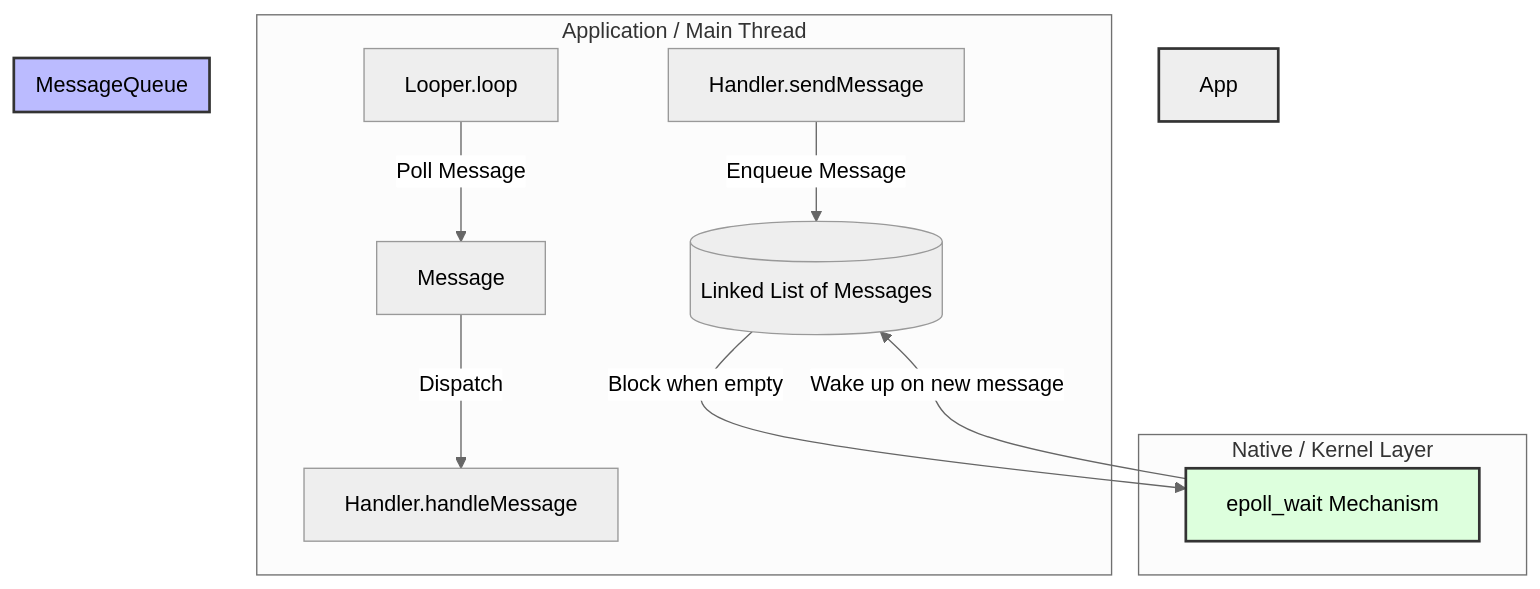
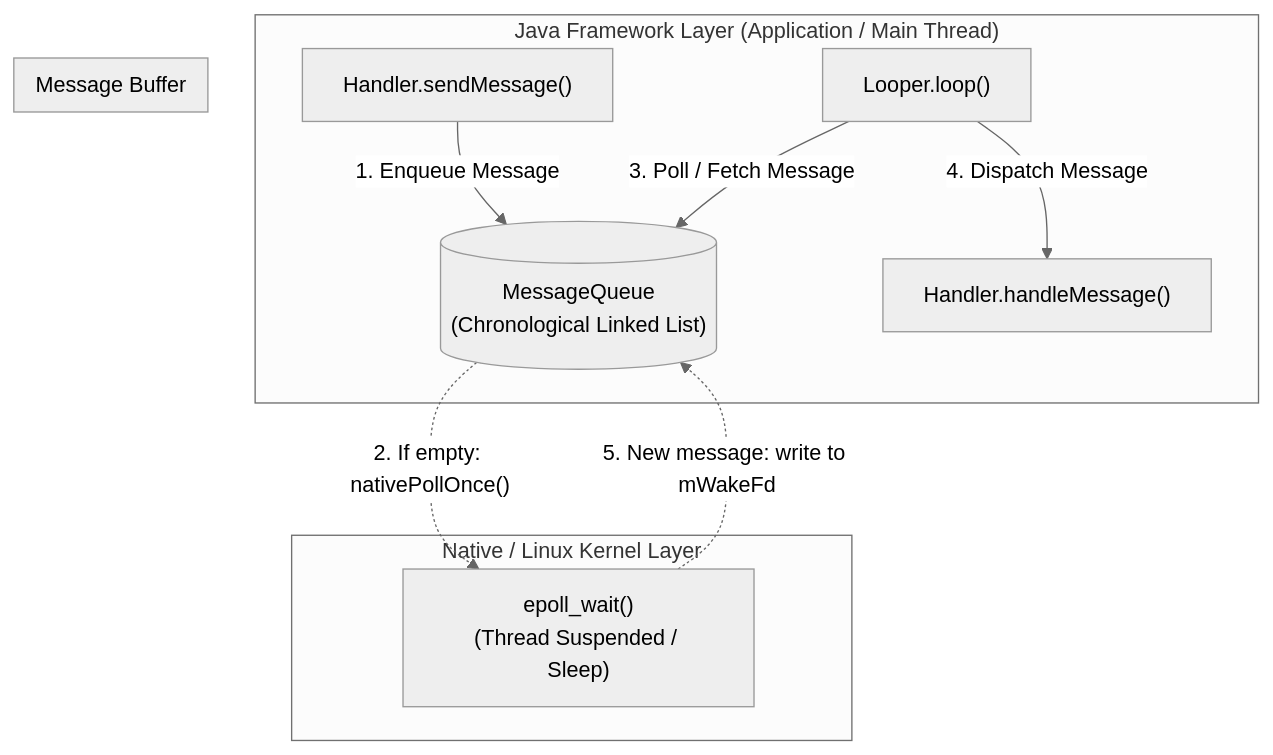
The second of 2 diagrams in Handler Mechanism.md (ridzhang/AOSP-Framework-Deep-Dive), drawn with Mermaid (neutral theme) before and after one commit.

Commit message:
Update Handler Mechanism.md

````diff
--- a/Handler Mechanism.md
+++ b/Handler Mechanism.md
@@ -39,21 +39,21 @@
 ```mermaid
 graph TD
-    subgraph App Thread [Application / Main Thread]
-        H[Handler.sendMessage] -->|Enqueue Message| MQ
-        Looper[Looper.loop] -->|Poll Message| Msg[Message]
-        Msg -->|Dispatch| HD[Handler.handleMessage]
+    subgraph App ["Java Framework Layer (Application / Main Thread)"]
+        H["Handler.sendMessage()"] -->|1. Enqueue Message| MQ
+        Looper["Looper.loop()"] -->|3. Poll / Fetch Message| MQ
+        Looper -->|4. Dispatch Message| HD["Handler.handleMessage()"]:::javaLayer
     end
 
-    subgraph MessageQueue [MessageQueue]
-        MQ[(Linked List of Messages)]
+    subgraph Queue ["Message Buffer"]
+        MQ[("MessageQueue<br>(Chronological Linked List)")];
     end
 
-    subgraph Native / Kernel [Native / Kernel Layer]
-        MQ -->|Block when empty| Native[epoll_wait Mechanism]
-        Native -->|Wake up on new message| MQ
+    subgraph Native ["Native / Linux Kernel Layer"]
+        MQ -.->|"2. If empty: nativePollOnce()"| Epoll["epoll_wait()<br>(Thread Suspended / Sleep)"]
+        Epoll -.->|"5. New message: write to mWakeFd"| MQ
     end
 
-    style App Thread fill:#f9f,stroke:#333,stroke-width:2px
-    style MessageQueue fill:#bbf,stroke:#333,stroke-width:2px
-    style Native fill:#dfd,stroke:#333,stroke-width:2px
+    class H,Looper javaLayer;
+    class MQ queueLayer;
+    class Epoll nativeLayer;
 ```
````
